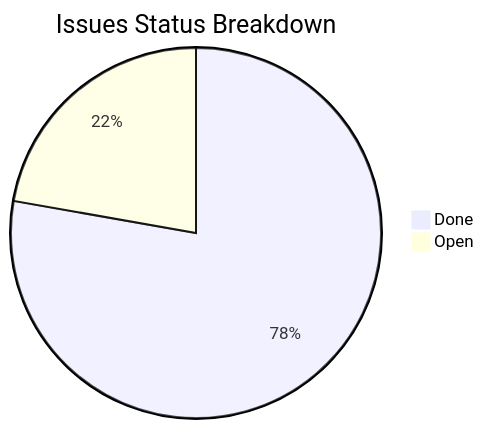
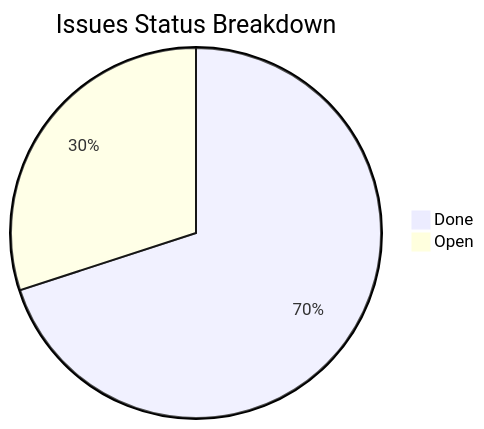
One commit to actdim/agents changed the diagram in .along/DASHBOARD.md. Above: the diagram before and after it, drawn with Mermaid. The commit also changed other lines of this file and 4 other files, not shown here.

````diff
--- a/.along/DASHBOARD.md
+++ b/.along/DASHBOARD.md
@@ -19,5 +19,5 @@
 ```mermaid
 pie title Issues Status Breakdown
     "Done" : 14
-    "Open" : 4
+    "Open" : 6
 ```
````
